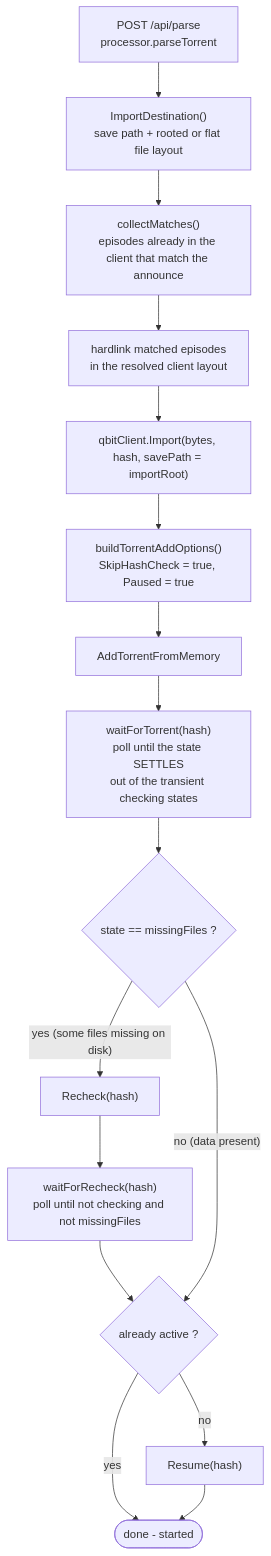
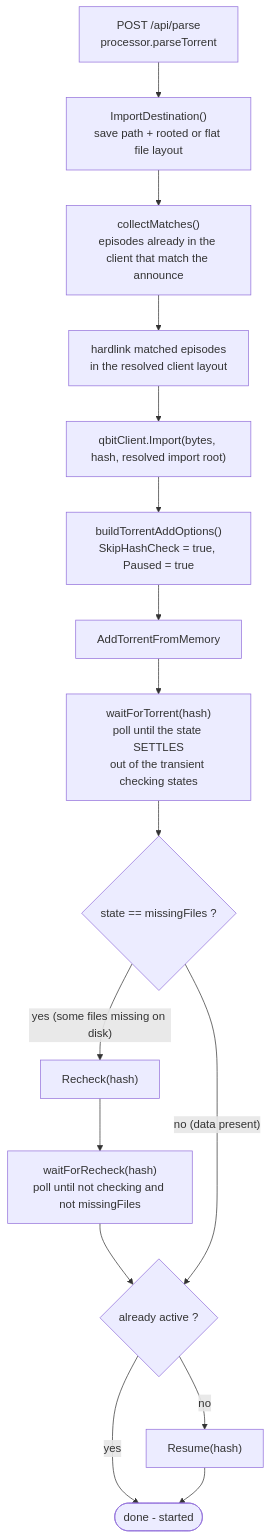
One commit to nuxencs/seasonpackarr changed the first of 2 diagrams in docs/design-docs/qbittorrent-import-flow.md. Above: the diagram before and after it, drawn with Mermaid. The commit also changed other lines of this file and 3 other files, not shown here.

````diff
--- a/docs/design-docs/qbittorrent-import-flow.md
+++ b/docs/design-docs/qbittorrent-import-flow.md
@@ -21,19 +21,19 @@
 ```mermaid
 flowchart TD
     A["POST /api/parse<br/>processor.parseTorrent"] --> B["ImportDestination()<br/>save path + rooted or flat file layout"]
     B --> C["collectMatches()<br/>episodes already in the client that match the announce"]
     C --> D["hardlink matched episodes<br/>in the resolved client layout"]
-    D --> E["qbitClient.Import(bytes, hash, savePath = importRoot)"]
+    D --> E["qbitClient.Import(bytes, hash, resolved import root)"]
 
     E --> F["buildTorrentAddOptions()<br/>SkipHashCheck = true, Paused = true"]
     F --> G["AddTorrentFromMemory"]
     G --> H["waitForTorrent(hash)<br/>poll until the state SETTLES<br/>out of the transient checking states"]
     H --> I{"state == missingFiles ?"}
     I -- "yes (some files missing on disk)" --> J["Recheck(hash)"]
     J --> K["waitForRecheck(hash)<br/>poll until not checking and not missingFiles"]
     K --> L{"already active ?"}
     I -- "no (data present)" --> L
     L -- "yes" --> M(["done - started"])
     L -- "no" --> N["Resume(hash)"]
     N --> M
 ```
````
